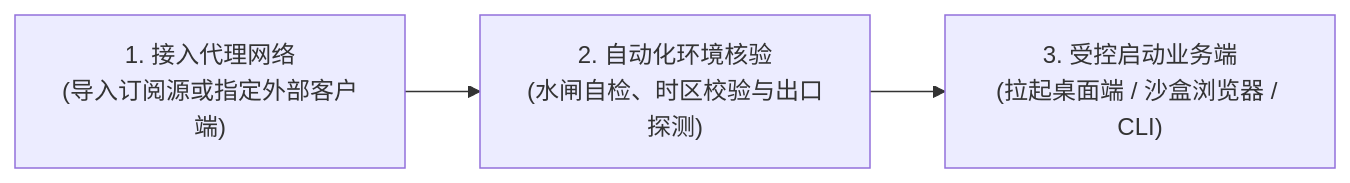
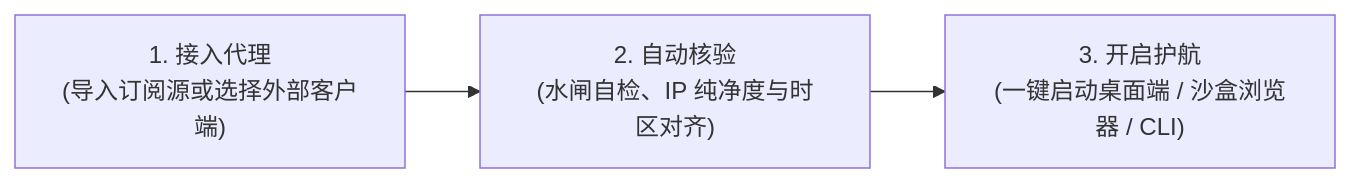
Before and after one commit to zhongyuanl/xiaofanchuan: the diagram in README.md, drawn with Mermaid. The commit also changed other lines of this file, not shown here.

````diff
--- a/README.md
+++ b/README.md
@@ -110,8 +115,8 @@
 ```mermaid
 flowchart LR
-    Step1["1. 接入代理网络<br/>(导入订阅源或指定外部客户端)"]
-    Step2["2. 自动化环境核验<br/>(水闸自检、时区校验与出口探测)"]
-    Step3["3. 受控启动业务端<br/>(拉起桌面端 / 沙盒浏览器 / CLI)"]
+    Step1["1. 接入代理<br/>(导入订阅源或选择外部客户端)"]
+    Step2["2. 自动核验<br/>(水闸自检、IP 纯净度与时区对齐)"]
+    Step3["3. 开启护航<br/>(一键启动桌面端 / 沙盒浏览器 / CLI)"]
 
     Step1 --> Step2 --> Step3
 ```
````
